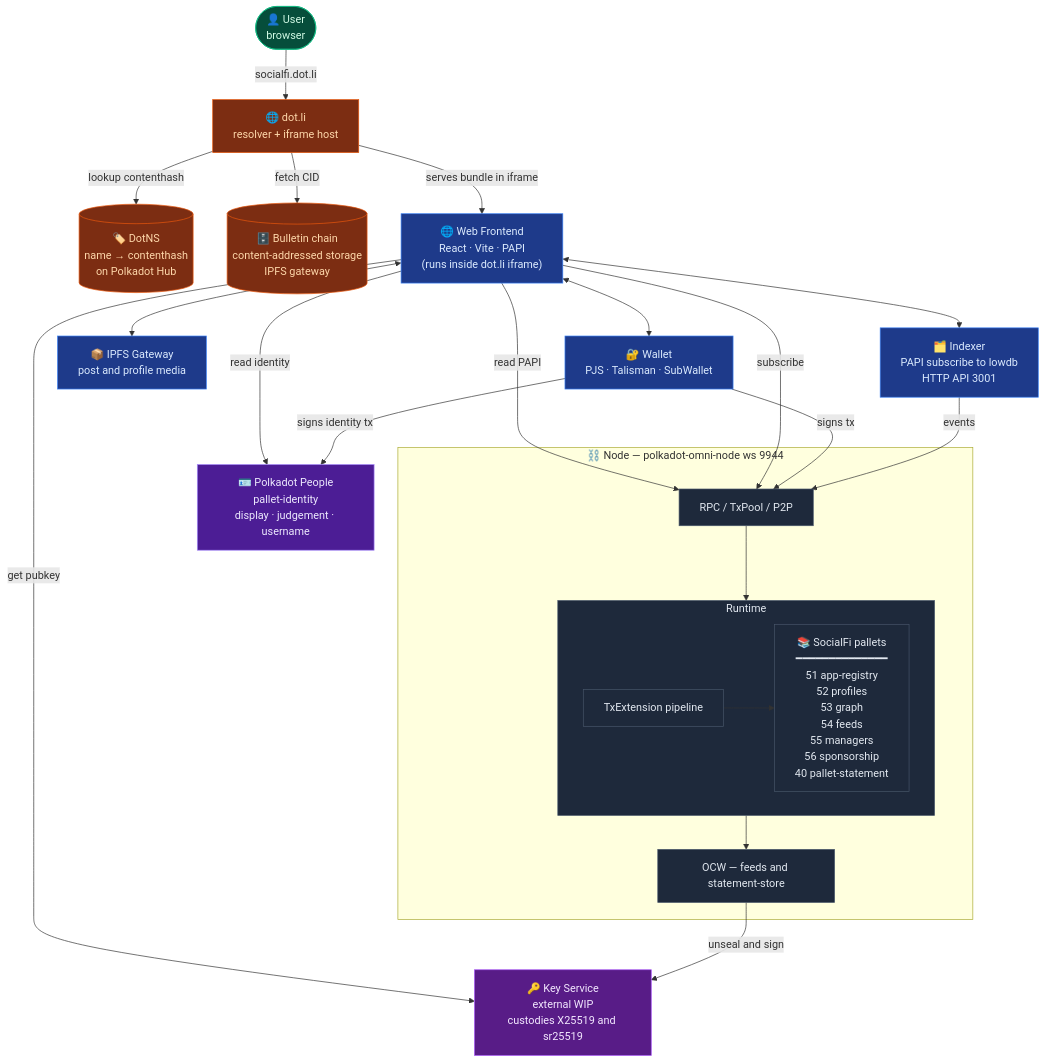
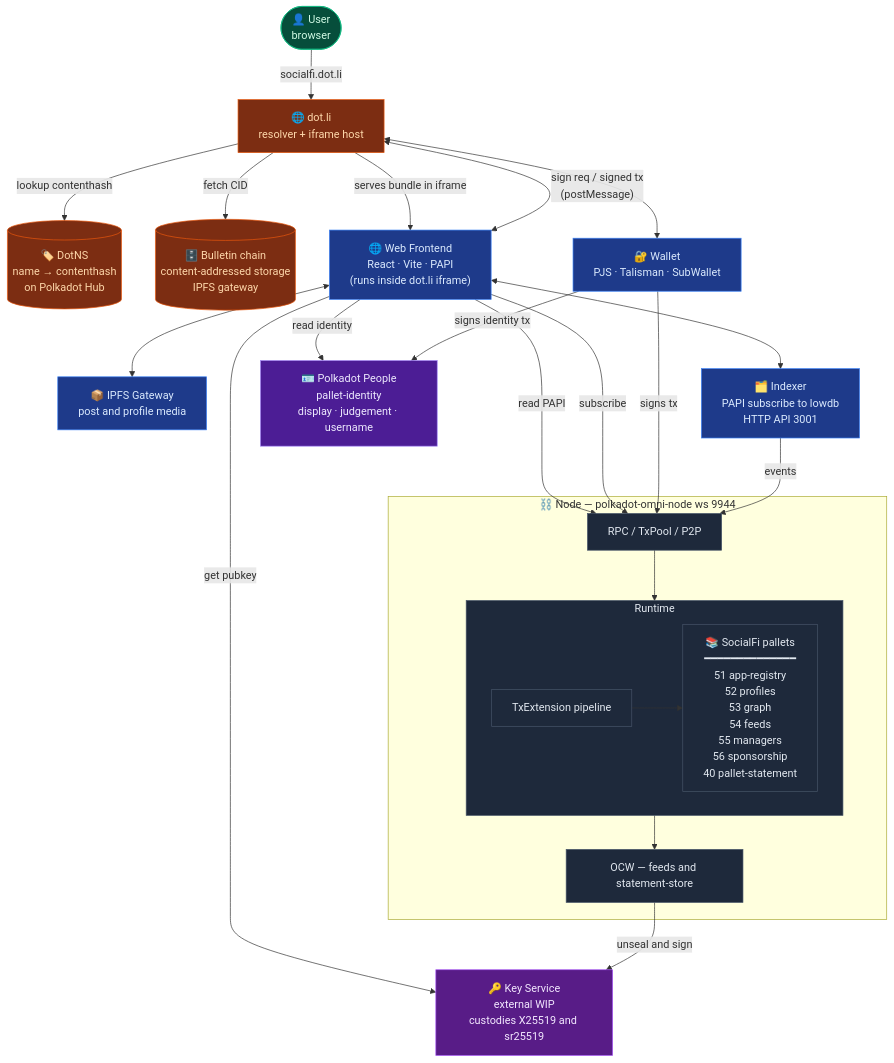
The diagram in README.md (germankuber/socialfi-protocol), drawn with Mermaid before and after one commit. The commit also changed other lines of this file, not shown here.

Commit message:
docs(readme): wallet is owned by dot.li host, not the iframe
The iframe-embedded Vite bundle can't talk to a browser wallet extension on its own — cross-origin sandboxing forbids it. dot.li owns the wallet connection (@polkadot-apps/host) and brokers signing requests into the iframe via postMessage. Updated the diagram and the write-path dataflow bullet to reflect this: Frontend <-> dot.li (postMessage), dot.li <-> Wallet.

````diff
--- a/README.md
+++ b/README.md
@@ -15,60 +15,62 @@
 ```mermaid
 flowchart TB
     User(["👤 User<br/>browser"])
     DotLi["🌐 dot.li<br/>resolver + iframe host"]
     DotNS[("🏷️ DotNS<br/>name → contenthash<br/>on Polkadot Hub")]
     Bulletin[("🗄️ Bulletin chain<br/>content-addressed storage<br/>IPFS gateway")]
 
     Wallet["🔐 Wallet<br/>PJS · Talisman · SubWallet"]
     IPFS["📦 IPFS Gateway<br/>post and profile media"]
     Front["🌐 Web Frontend<br/>React · Vite · PAPI<br/>(runs inside dot.li iframe)"]
     Indexer["🗂️ Indexer<br/>PAPI subscribe to lowdb<br/>HTTP API 3001"]
     KS["🔑 Key Service<br/>external WIP<br/>custodies X25519 and sr25519"]
     People["🪪 Polkadot People<br/>pallet-identity<br/>display · judgement · username"]
 
     subgraph Node["⛓️ Node — polkadot-omni-node ws 9944"]
         RPC["RPC / TxPool / P2P"]
         subgraph RT["Runtime"]
             TxExt["TxExtension pipeline"]
             Pallets["📚 SocialFi pallets<br/>━━━━━━━━━━━━━━<br/>51 app-registry<br/>52 profiles<br/>53 graph<br/>54 feeds<br/>55 managers<br/>56 sponsorship<br/>40 pallet-statement"]
             TxExt --> Pallets
         end
         OCW["OCW — feeds and statement-store"]
         RPC --> RT
         RT --> OCW
     end
 
     User -- "socialfi.dot.li" --> DotLi
     DotLi -- "lookup contenthash" --> DotNS
     DotLi -- "fetch CID" --> Bulletin
     DotLi -- "serves bundle in iframe" --> Front
 
-    Front <--> Wallet
+    DotLi <--> Wallet
+    Front <-- "sign req / signed tx<br/>(postMessage)" --> DotLi
+
     Front <--> IPFS
     Front <--> Indexer
 
     Front -- "read PAPI" --> RPC
     Front -- "subscribe" --> RPC
 
     Wallet -- "signs tx" --> RPC
 
     Front -- "read identity" --> People
     Wallet -- "signs identity tx" --> People
 
     Indexer -- "events" --> RPC
     Front -- "get pubkey" --> KS
     OCW -- "unseal and sign" --> KS
 
     classDef actor fill:#064e3b,color:#d1fae5,stroke:#10b981
     classDef delivery fill:#7c2d12,color:#fed7aa,stroke:#ea580c
     classDef user fill:#1e3a8a,color:#dbeafe,stroke:#3b82f6
     classDef chain fill:#1e293b,color:#e2e8f0,stroke:#475569
     classDef external fill:#581c87,color:#f3e8ff,stroke:#a855f7
     classDef people fill:#4c1d95,color:#ede9fe,stroke:#a78bfa
     class User actor
     class DotLi,DotNS,Bulletin delivery
     class Wallet,Front,IPFS,Indexer user
     class RPC,RT,OCW,TxExt,Pallets chain
     class KS external
     class People people
 ```
````
